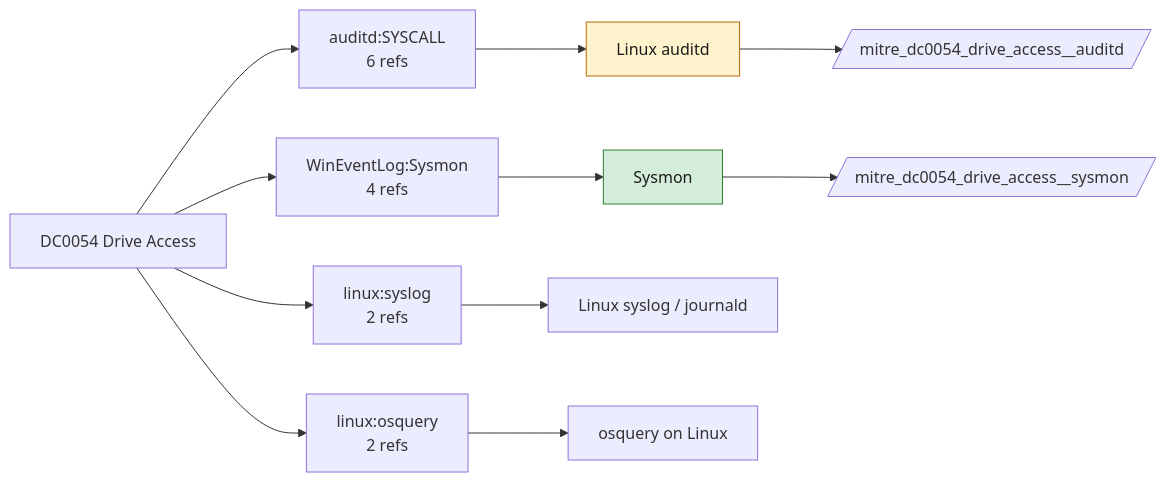
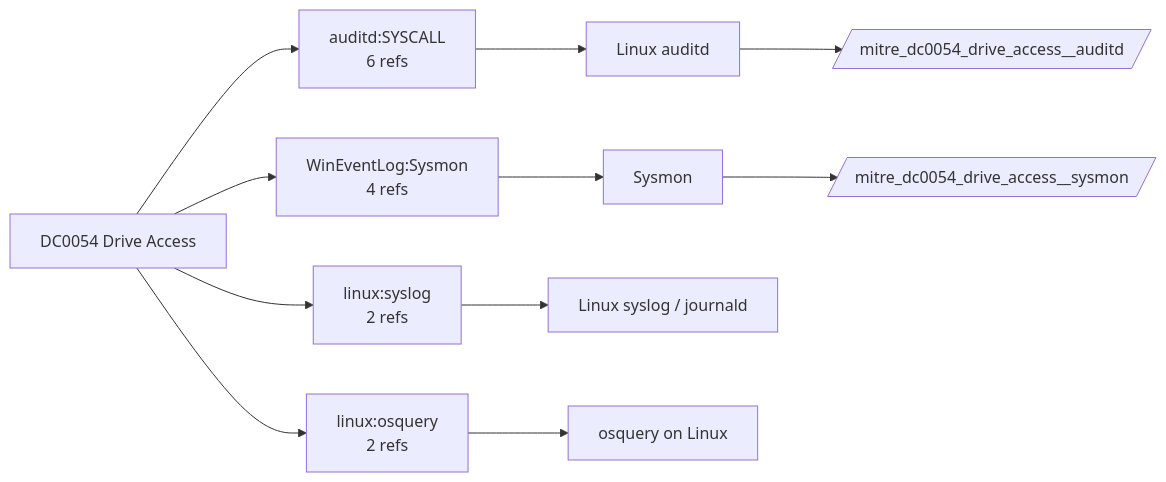
Before and after one commit to dev-nobytes-io/mitre-defensive-mappings-spl: the diagram in docs/data-components/DC0054-drive-access.md, drawn with Mermaid. The commit also changed other lines of this file and 366 other files, not shown here.

````diff
--- a/docs/data-components/DC0054-drive-access.md
+++ b/docs/data-components/DC0054-drive-access.md
@@ -19,22 +19,18 @@
 ```mermaid
 flowchart LR
   DC["DC0054 Drive Access"]
   DC --> LS0["auditd:SYSCALL<br/>6 refs"]
   F_auditd["Linux auditd"]
   LS0 --> F_auditd
   DC --> LS1["WinEventLog:Sysmon<br/>4 refs"]
   F_sysmon["Sysmon"]
   LS1 --> F_sysmon
   DC --> LS2["linux:syslog<br/>2 refs"]
   F_linux_syslog["Linux syslog / journald"]
   LS2 --> F_linux_syslog
   DC --> LS3["linux:osquery<br/>2 refs"]
   F_linux_osquery["osquery on Linux"]
   LS3 --> F_linux_osquery
+  F_auditd --> ET_auditd[/"mitre_dc0054_drive_access__auditd"/]
   F_sysmon --> ET_sysmon[/"mitre_dc0054_drive_access__sysmon"/]
-  class F_sysmon live
-  F_auditd --> ET_auditd[/"mitre_dc0054_drive_access__auditd"/]
-  class F_auditd ready
-  classDef live fill:#d4edda,stroke:#2e7d32,color:#1b1b1b
-  classDef ready fill:#fff3cd,stroke:#b26a00,color:#1b1b1b
 ```
````
